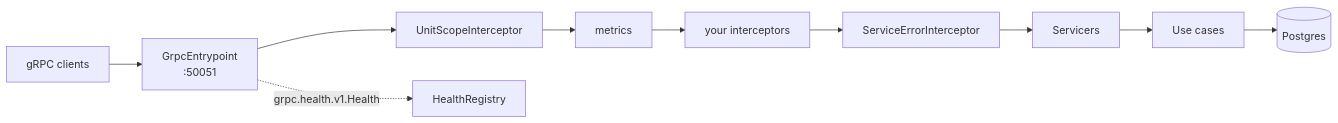
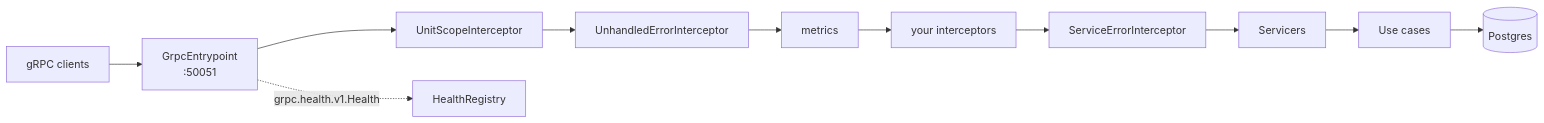
Before and after one commit to bedrock-python/servicewright: the diagram in docs/blueprints/grpc-service.md, drawn with Mermaid. The commit also changed other lines of this file and 11 other files, not shown here.

````diff
--- a/docs/blueprints/grpc-service.md
+++ b/docs/blueprints/grpc-service.md
@@ -12,12 +12,13 @@
 ```mermaid
 flowchart LR
     C["gRPC clients"] --> EP["GrpcEntrypoint<br/>:50051"]
     EP --> I1["UnitScopeInterceptor"]
-    I1 --> I2["metrics"]
+    I1 --> I0["UnhandledErrorInterceptor"]
+    I0 --> I2["metrics"]
     I2 --> I3["your interceptors"]
     I3 --> I4["ServiceErrorInterceptor"]
     I4 --> S["Servicers"]
     S --> UC["Use cases"]
     UC --> PG[("Postgres")]
     EP -.->|grpc.health.v1.Health| HR["HealthRegistry"]
 ```
````
